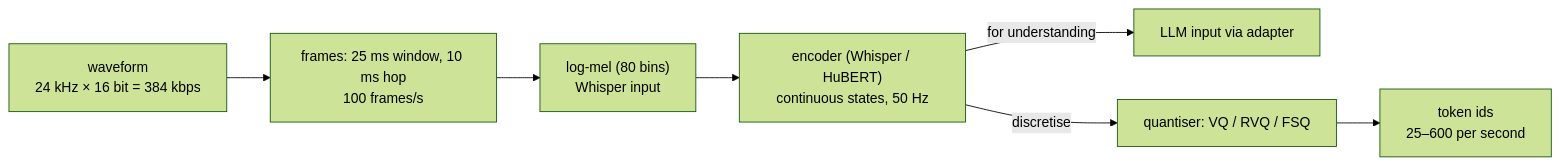
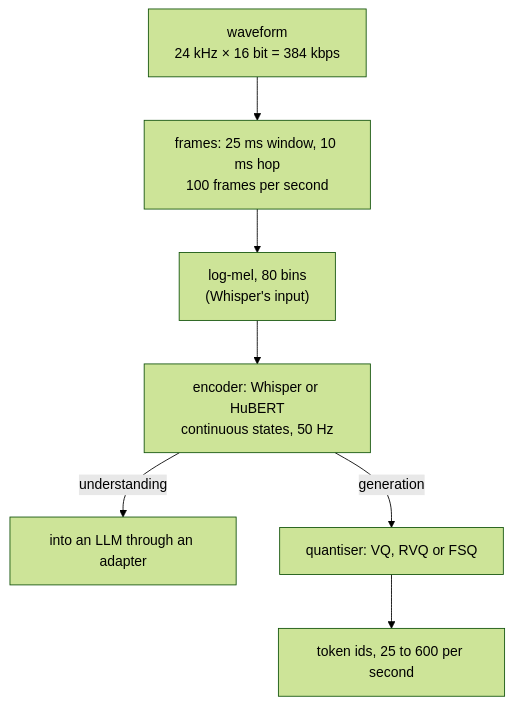
One commit to jayavardhan-g/projects-vault changed the first of 4 diagrams in Interview prep/Days/Day 07 - Seminar and speech basics.md. Above: the diagram before and after it, drawn with Mermaid (forest theme). The commit also changed other lines of this file and 12 other files, not shown here.

First line of the commit message:
projects: Days 2-14 "Code, explained": full-width top-to-bottom diagrams, a figure per section, and a step-by-step flow per day

````diff
--- a/Interview prep/Days/Day 07 - Seminar and speech basics.md
+++ b/Interview prep/Days/Day 07 - Seminar and speech basics.md
@@ -109,9 +109,9 @@
 ```mermaid
-flowchart LR
-  W["waveform<br/>24 kHz × 16 bit = 384 kbps"] --> FR["frames: 25 ms window, 10 ms hop<br/>100 frames/s"]
-  FR --> MEL["log-mel (80 bins)<br/>Whisper input"]
-  MEL --> ENC["encoder (Whisper / HuBERT)<br/>continuous states, 50 Hz"]
-  ENC -->|"for understanding"| LLM["LLM input via adapter"]
-  ENC -->|"discretise"| Q["quantiser: VQ / RVQ / FSQ"]
-  Q --> TOK["token ids<br/>25–600 per second"]
+flowchart TB
+  W["waveform<br/>24 kHz × 16 bit = 384 kbps"] --> FR["frames: 25 ms window, 10 ms hop<br/>100 frames per second"]
+  FR --> MEL["log-mel, 80 bins<br/>(Whisper's input)"]
+  MEL --> ENC["encoder: Whisper or HuBERT<br/>continuous states, 50 Hz"]
+  ENC -->|"understanding"| LLM["into an LLM through an adapter"]
+  ENC -->|"generation"| Q["quantiser: VQ, RVQ or FSQ"]
+  Q --> TOK["token ids, 25 to 600 per second"]
 ```
````
